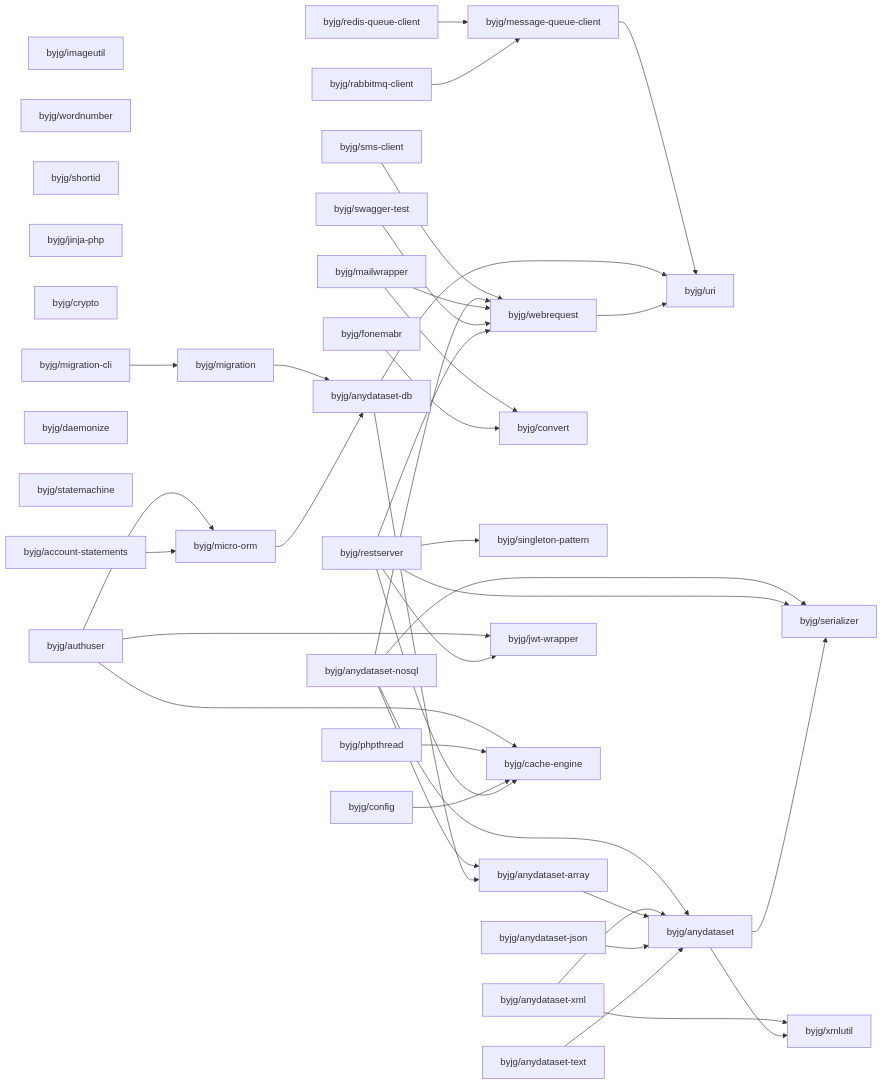
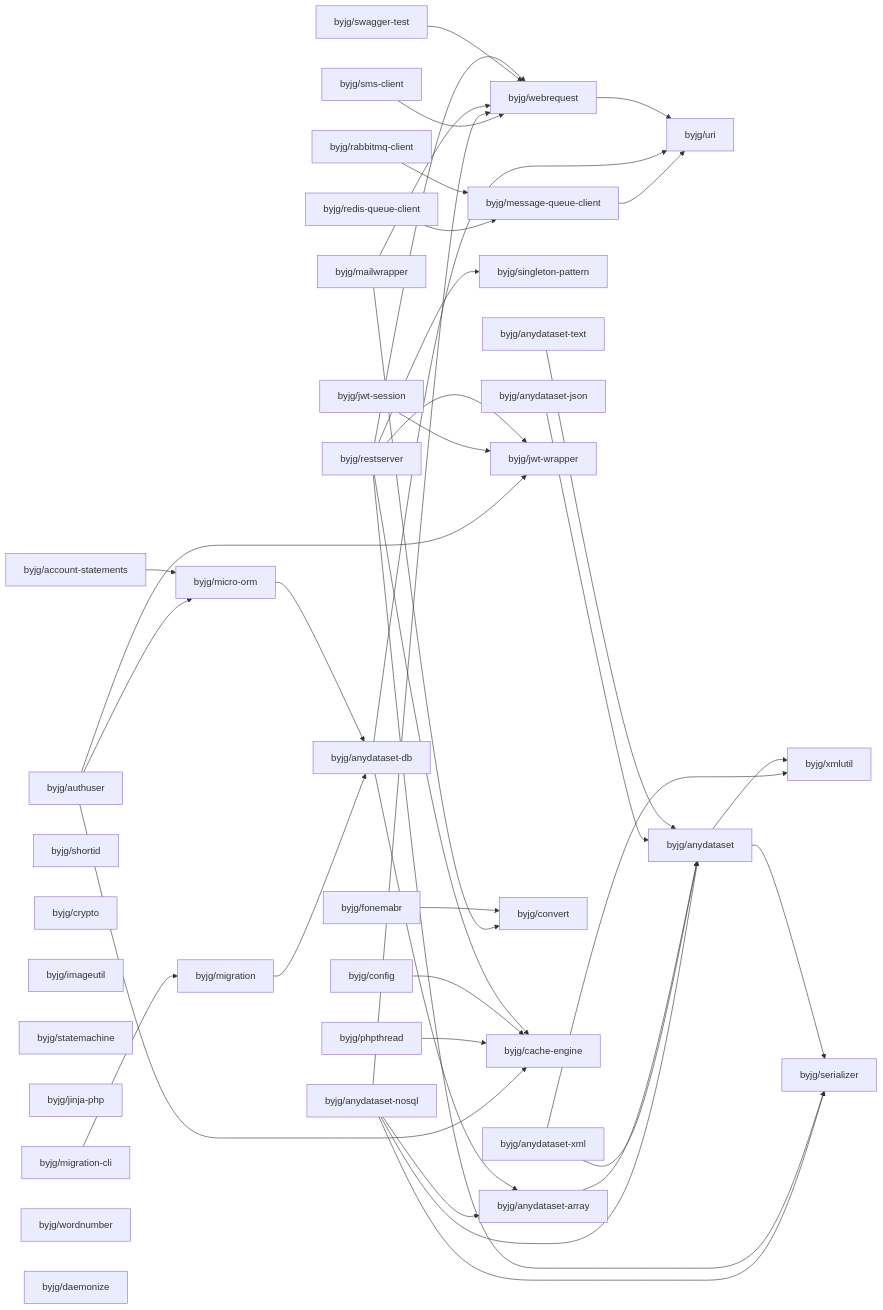
The diagram in docs/php/README.md (byjg/byjg.github.io), drawn with Mermaid before and after one commit. The commit also changed 1 other file, not shown here.

Commit message:
Update documentation 'php' 'php-jwt-session'

````diff
--- a/docs/php/README.md
+++ b/docs/php/README.md
@@ -3,76 +3,78 @@
 ```mermaid
 graph LR;
+  byjg/authuser;
+  byjg/migration-cli;
+  byjg/shortid;
+  byjg/crypto;
+  byjg/anydataset-text;
+  byjg/mailwrapper;
+  byjg/sms-client;
   byjg/imageutil;
-  byjg/mailwrapper;
+  byjg/rabbitmq-client;
+  byjg/statemachine;
+  byjg/restserver;
+  byjg/jinja-php;
+  byjg/swagger-test;
+  byjg/anydataset-nosql;
+  byjg/anydataset-xml;
+  byjg/account-statements;
+  byjg/anydataset-json;
+  byjg/redis-queue-client;
+  byjg/config;
+  byjg/jwt-session;
+  byjg/fonemabr;
   byjg/wordnumber;
-  byjg/shortid;
-  byjg/anydataset-json;
-  byjg/jinja-php;
-  byjg/anydataset-xml;
-  byjg/crypto;
-  byjg/fonemabr;
-  byjg/swagger-test;
-  byjg/migration-cli;
-  byjg/config;
+  byjg/phpthread;
   byjg/daemonize;
-  byjg/statemachine;
-  byjg/account-statements;
-  byjg/anydataset-nosql;
-  byjg/redis-queue-client;
-  byjg/restserver;
-  byjg/rabbitmq-client;
-  byjg/sms-client;
-  byjg/anydataset-text;
-  byjg/authuser;
-  byjg/phpthread;
-  byjg/convert;
   byjg/migration;
   byjg/singleton-pattern;
-  byjg/message-queue-client;
   byjg/webrequest;
   byjg/micro-orm;
+  byjg/message-queue-client;
   byjg/jwt-wrapper;
+  byjg/convert;
   byjg/cache-engine;
   byjg/anydataset-db;
   byjg/anydataset-array;
   byjg/uri;
   byjg/anydataset;
   byjg/serializer;
   byjg/xmlutil;
   byjg/sms-client --> byjg/webrequest;
   byjg/anydataset-nosql --> byjg/anydataset;
   byjg/anydataset-nosql --> byjg/anydataset-array;
   byjg/anydataset-nosql --> byjg/serializer;
   byjg/anydataset-nosql --> byjg/webrequest;
   byjg/anydataset-xml --> byjg/anydataset;
   byjg/anydataset-xml --> byjg/xmlutil;
   byjg/message-queue-client --> byjg/uri;
   byjg/redis-queue-client --> byjg/message-queue-client;
   byjg/authuser --> byjg/micro-orm;
   byjg/authuser --> byjg/cache-engine;
   byjg/authuser --> byjg/jwt-wrapper;
   byjg/mailwrapper --> byjg/convert;
   byjg/mailwrapper --> byjg/webrequest;
   byjg/anydataset-array --> byjg/anydataset;
+  byjg/jwt-session --> byjg/jwt-wrapper;
   byjg/account-statements --> byjg/micro-orm;
   byjg/phpthread --> byjg/cache-engine;
   byjg/fonemabr --> byjg/convert;
   byjg/migration --> byjg/anydataset-db;
   byjg/micro-orm --> byjg/anydataset-db;
   byjg/swagger-test --> byjg/webrequest;
   byjg/anydataset-db --> byjg/anydataset-array;
   byjg/anydataset-db --> byjg/uri;
   byjg/config --> byjg/cache-engine;
   byjg/anydataset-json --> byjg/anydataset;
   byjg/anydataset-text --> byjg/anydataset;
   byjg/rabbitmq-client --> byjg/message-queue-client;
   byjg/restserver --> byjg/serializer;
   byjg/restserver --> byjg/singleton-pattern;
   byjg/restserver --> byjg/cache-engine;
   byjg/restserver --> byjg/webrequest;
   byjg/restserver --> byjg/jwt-wrapper;
   byjg/anydataset --> byjg/serializer;
   byjg/anydataset --> byjg/xmlutil;
   byjg/webrequest --> byjg/uri;
   byjg/migration-cli --> byjg/migration;
 ```
````
